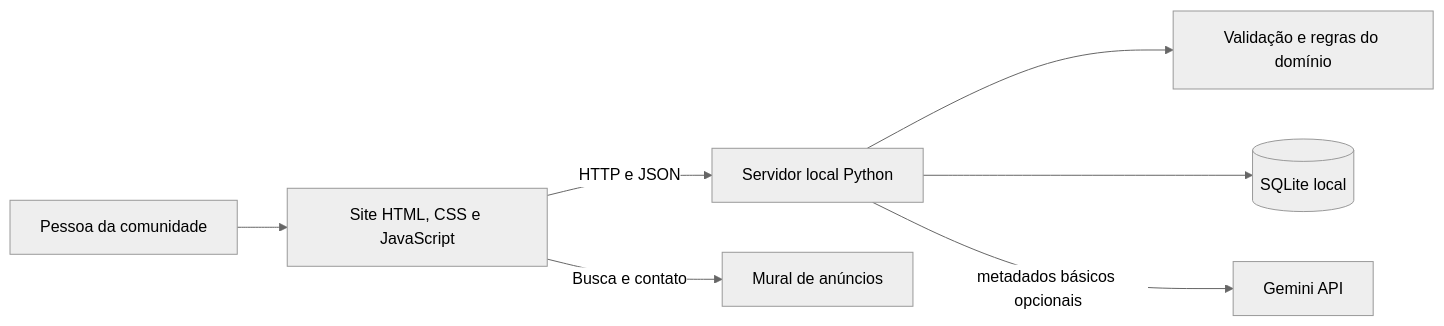
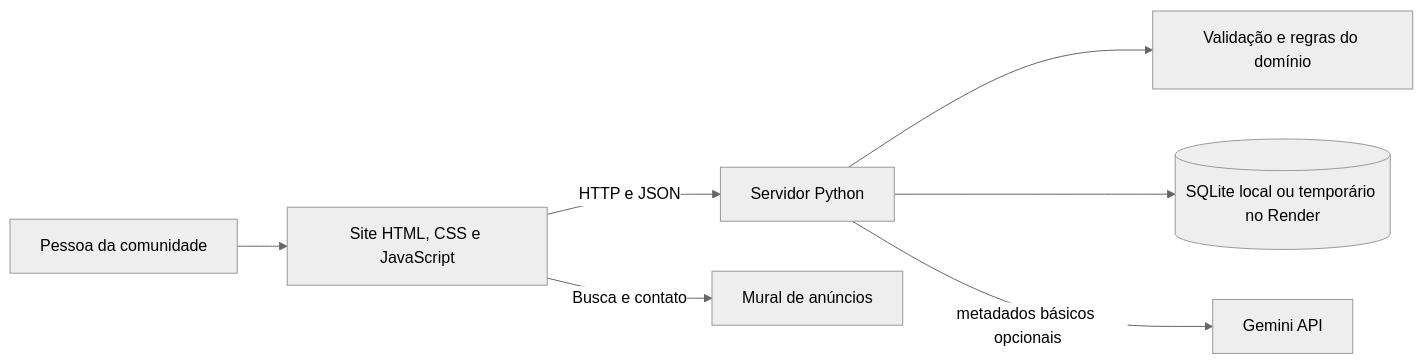
One commit to Chrisryan00/Projeto-achados-e-perdidos changed the diagram in README.md. Above: the diagram before and after it, drawn with Mermaid (neutral theme). The commit also changed other lines of this file, not shown here.

Commit message:
Atualiza README com publicação no Render

````diff
--- a/README.md
+++ b/README.md
@@ -105,9 +109,9 @@
 ```mermaid
 flowchart LR
   P[Pessoa da comunidade] --> W[Site HTML, CSS e JavaScript]
-  W -->|HTTP e JSON| API[Servidor local Python]
+  W -->|HTTP e JSON| API[Servidor Python]
   API --> R[Validação e regras do domínio]
-  API --> DB[(SQLite local)]
+  API --> DB[(SQLite local ou temporário no Render)]
   API -->|metadados básicos opcionais| AI[Gemini API]
   W -->|Busca e contato| M[Mural de anúncios]
 ```
````
